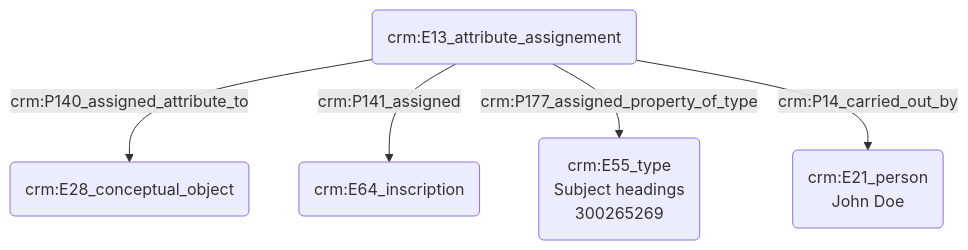
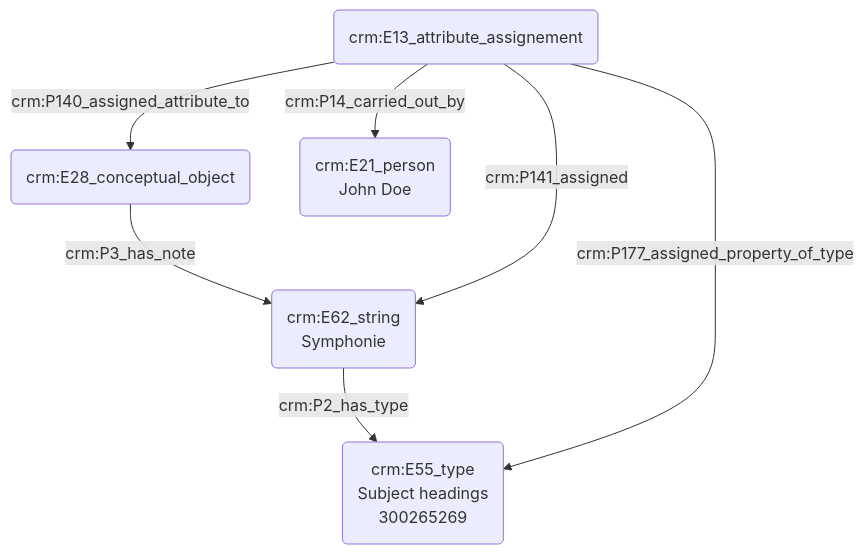
One commit to Amleth/consortium-musica2-gt2-ontologies changed the diagram in modules/livrables/Dossier 2/Indexation conceptuelle/indexation d'une thématique.md. Above: the diagram before and after it, drawn with Mermaid.

Commit message:
Update indexation d'une thématique.md

````diff
--- a/modules/livrables/Dossier 2/Indexation conceptuelle/indexation d'une thématique.md
+++ b/modules/livrables/Dossier 2/Indexation conceptuelle/indexation d'une thématique.md
@@ -14,9 +14,12 @@
 ```mermaid
 graph TD;
 
-C(crm:E13_attribute_assignement) --> |crm:P140_assigned_attribute_to| A(crm:E28_conceptual_object)
-C(crm:E13_attribute_assignement) --> |crm:P141_assigned| E(crm:E64_inscription)
-C(crm:E13_attribute_assignement) --> |crm:P177_assigned_property_of_type| B(crm:E55_type<br>Subject headings<br>300265269)
-C(crm:E13_attribute_assignement) --> |crm:P14_carried_out_by| D(crm:E21_person<br>John Doe)
+A(crm:E28_conceptual_object) --> |crm:P3_has_note| B(crm:E62_string<br>Symphonie)
+B(crm:E62_string<br>Symphonie) --> |crm:P2_has_type| C(crm:E55_type<br>Subject headings<br>300265269)
+
+D(crm:E13_attribute_assignement) --> |crm:P140_assigned_attribute_to| A(crm:E28_conceptual_object)
+D(crm:E13_attribute_assignement) --> |crm:P141_assigned| B(crm:E62_string<br>Symphonie)
+D(crm:E13_attribute_assignement) --> |crm:P177_assigned_property_of_type| C(crm:E55_type<br>Subject headings<br>300265269)
+D(crm:E13_attribute_assignement) --> |crm:P14_carried_out_by| F(crm:E21_person<br>John Doe)
 
 ```
````
